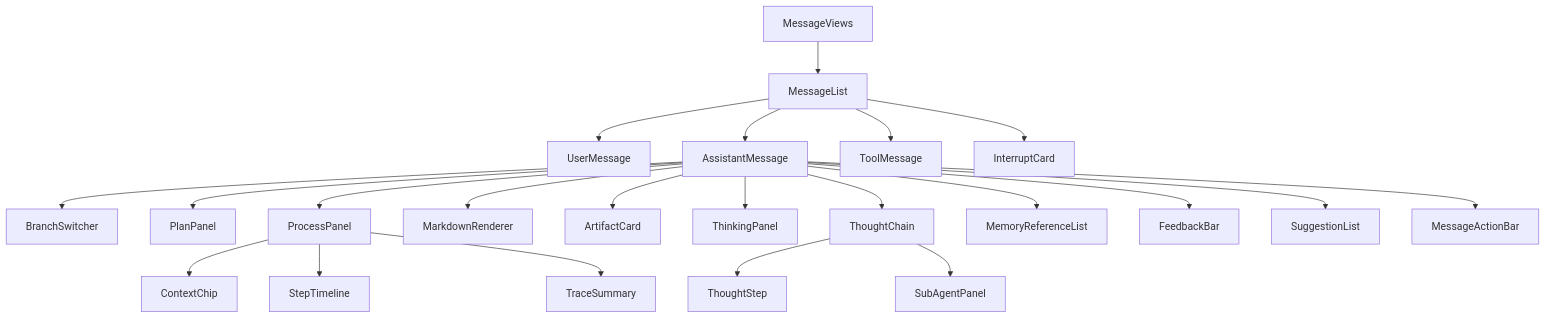
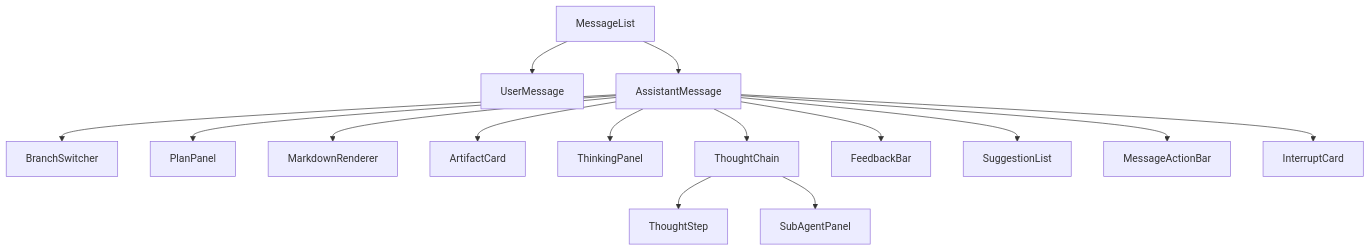
One commit to earthy-zinc/dehaze-system changed the first of 2 diagrams in clarity-doc/docs/03-模块设计/核心模块/AI对话/页面设计/前端实现-公共.md. Above: the diagram before and after it, drawn with Mermaid. The commit also changed other lines of this file and 33 other files, not shown here.

````diff
--- a/clarity-doc/docs/03-模块设计/核心模块/AI对话/页面设计/前端实现-公共.md
+++ b/clarity-doc/docs/03-模块设计/核心模块/AI对话/页面设计/前端实现-公共.md
@@ -14,24 +13,17 @@
 ```mermaid
 flowchart TD
-    MessageViews --> MessageList
     MessageList --> UserMessage
     MessageList --> AssistantMessage
-    MessageList --> ToolMessage
-    MessageList --> InterruptCard
     AssistantMessage --> BranchSwitcher
     AssistantMessage --> PlanPanel
-    AssistantMessage --> ProcessPanel
     AssistantMessage --> MarkdownRenderer
     AssistantMessage --> ArtifactCard
     AssistantMessage --> ThinkingPanel
     AssistantMessage --> ThoughtChain
-    AssistantMessage --> MemoryReferenceList
     AssistantMessage --> FeedbackBar
     AssistantMessage --> SuggestionList
     AssistantMessage --> MessageActionBar
+    AssistantMessage --> InterruptCard
     ThoughtChain --> ThoughtStep
     ThoughtChain --> SubAgentPanel
-    ProcessPanel --> ContextChip
-    ProcessPanel --> StepTimeline
-    ProcessPanel --> TraceSummary
 ```
````
